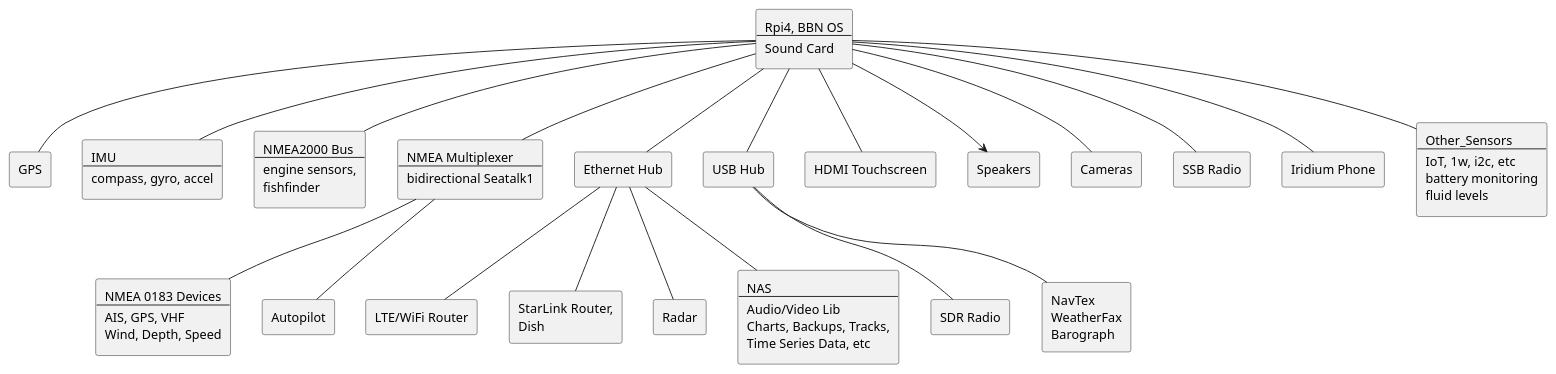
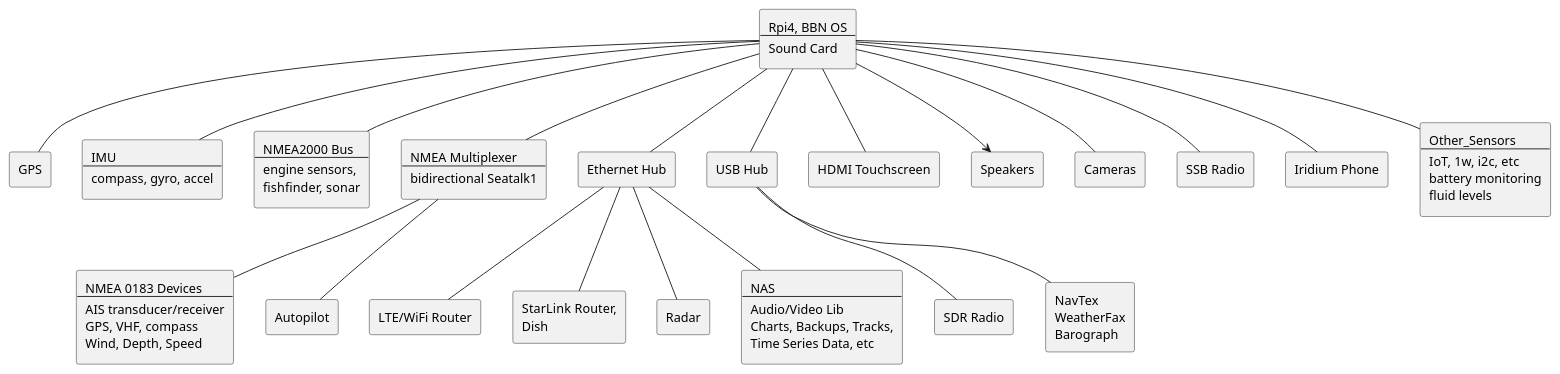
The diagram in docs/plantuml/system-arch.puml (bareboat-necessities/my-bareboat), drawn with PlantUML before and after one commit.

```diff
--- a/docs/plantuml/system-arch.puml
+++ b/docs/plantuml/system-arch.puml
@@ -1,134 +1,135 @@
 @startuml
 
 rectangle RPI [
  Rpi4, BBN OS
  ----
  Sound Card
 ]
 
 rectangle GPS [
  GPS
 ]
 
 rectangle IMU [
  IMU
  ----
  compass, gyro, accel
 ]
 
 rectangle NMEA_2000 [
  NMEA2000 Bus
  ----
  engine sensors,
- fishfinder
+ fishfinder, sonar
 ]
 
 rectangle NMEA_Mux [
  NMEA Multiplexer
  ----
  bidirectional Seatalk1
 ]
 
 rectangle NMEA_0183 [
  NMEA 0183 Devices
  ----
- AIS, GPS, VHF
+ AIS transducer/receiver
+ GPS, VHF, compass
  Wind, Depth, Speed
 ]
 
 rectangle AP [
  Autopilot
 ]
 
 rectangle Eth_Hub [
  Ethernet Hub
 ]
 
 rectangle USB_Hub [
  USB Hub
 ]
 
 rectangle Router [
  LTE/WiFi Router
 ]
 
 rectangle Dish_Router [
  StarLink Router,
  Dish
 ]
 
 rectangle Radar [
  Radar
 ]
 
 rectangle Touchscreen [
  HDMI Touchscreen
 ]
 
 rectangle Speakers [
  Speakers
 ]
 
 rectangle Cameras [
  Cameras
 ]
 
 rectangle SDR [
  SDR Radio
 ]
 
 rectangle SSB [
  SSB Radio
 ]
 
 rectangle Iridium [
  Iridium Phone
 ]
 
 rectangle Other_Sensors [
  Other_Sensors
  ----
  IoT, 1w, i2c, etc
  battery monitoring
  fluid levels
 ]
 
 rectangle Weather [
  NavTex
  WeatherFax
  Barograph
 ]
 
 rectangle NAS [
  NAS
  ----
  Audio/Video Lib
  Charts, Backups, Tracks,
  Time Series Data, etc
 ]
 
 RPI -- GPS
 RPI -- IMU
 RPI -- NMEA_2000
 RPI -- NMEA_Mux
 RPI -- Eth_Hub
 RPI -- USB_Hub
 RPI -- Touchscreen
 RPI -- Cameras
 RPI --> Speakers
 RPI -- SSB
 RPI -- Iridium
 RPI -- Other_Sensors
 
 Eth_Hub -- Router
 Eth_Hub -- Radar
 Eth_Hub -- NAS
 Eth_Hub -- Dish_Router
 
 USB_Hub -- SDR
 USB_Hub -- Weather
 
 NMEA_Mux -- NMEA_0183
 NMEA_Mux -- AP
 
 @enduml
```
